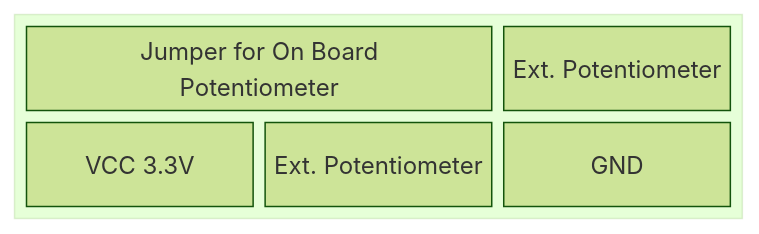
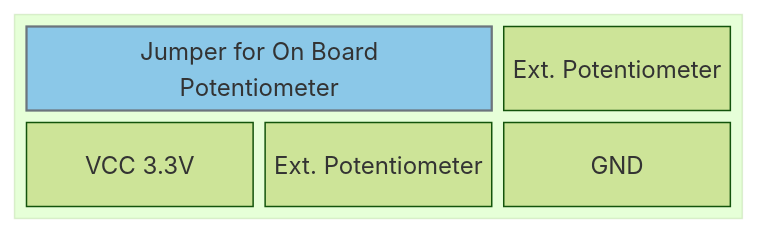
The fourth of 5 diagrams in Hardware/README.md (KROIA/Voicemail-Box), drawn with Mermaid (forest theme) before and after one commit. The commit also changed other lines of this file, not shown here.

````diff
--- a/Hardware/README.md
+++ b/Hardware/README.md
@@ -98,11 +118,14 @@
 ```mermaid
 block-beta
     block:group1
         columns 3
         a[" Jumper for On Board \n Potentiometer "]:2
         c["Ext. Potentiometer"]
         d["VCC 3.3V"]
         e["Ext. Potentiometer"]
         f["GND"]
     end
+
+classDef highlighter fill:#8bc8e8,stroke:#6c757d,stroke-width:1.5px;
+class a highlighter
 ```
````
